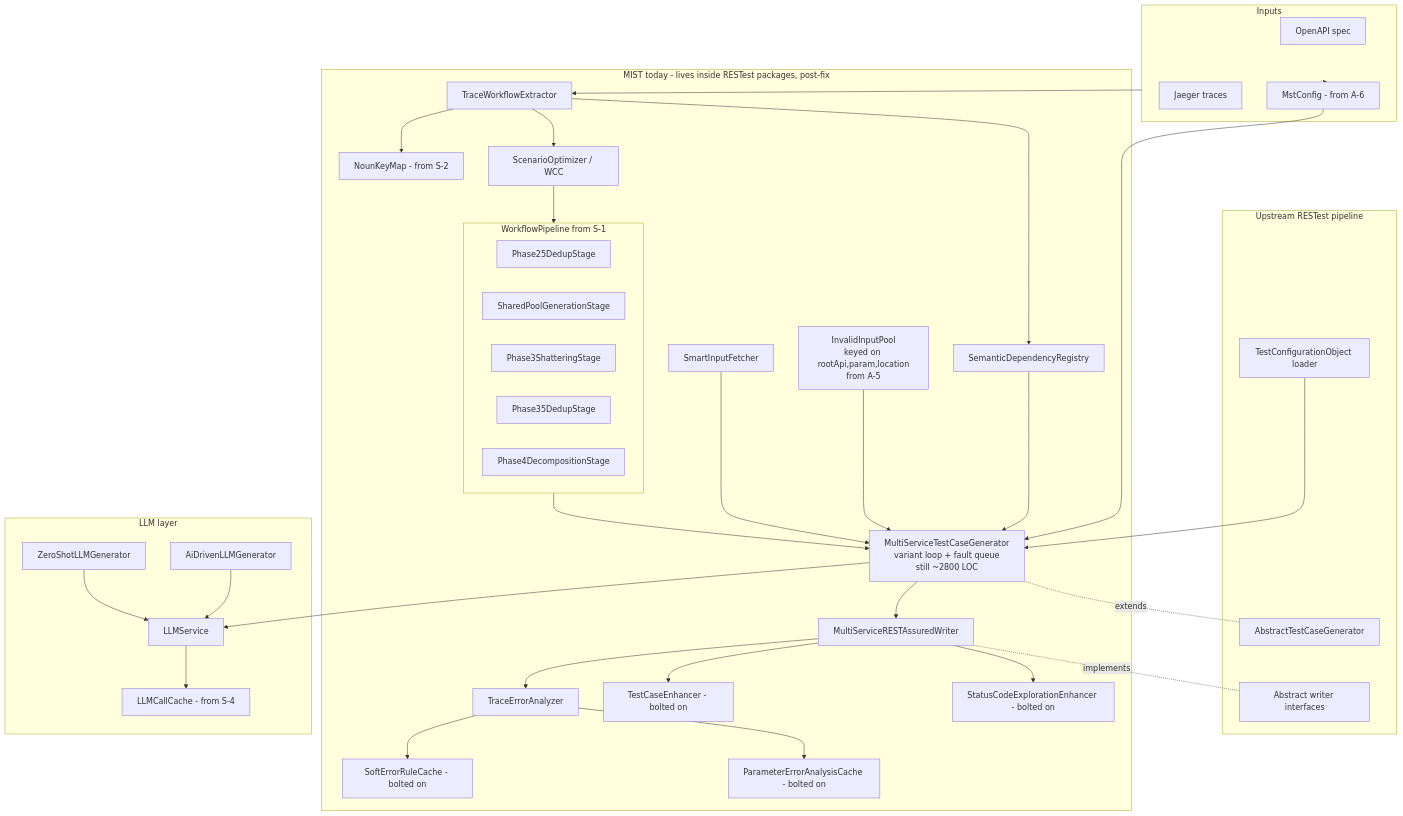
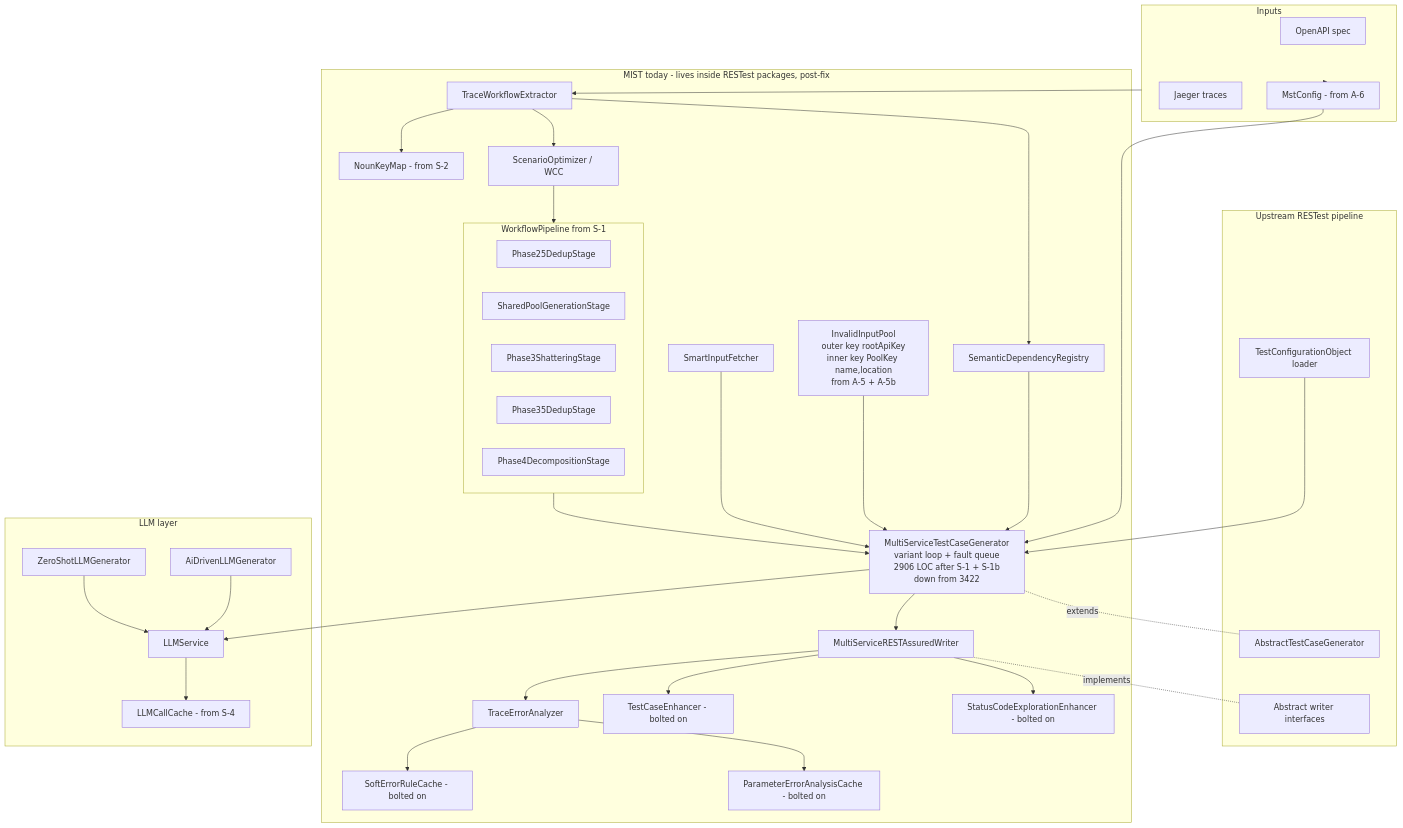
One commit to miaoti/Rest changed the first of 10 diagrams in debug/Conference-refinement/PATH_B_REBUILD_PLAN.md. Above: the diagram before and after it, drawn with Mermaid. The commit also changed other lines of this file, not shown here.

````diff
--- a/debug/Conference-refinement/PATH_B_REBUILD_PLAN.md
+++ b/debug/Conference-refinement/PATH_B_REBUILD_PLAN.md
@@ -229,70 +255,70 @@
 ```mermaid
 flowchart TB
     subgraph INPUT[Inputs]
         OAS[OpenAPI spec]
         TR[Jaeger traces]
         CFG[trainticket-mst.properties]
     end
 
     subgraph RESTEST[Upstream RESTest pipeline]
         ABS[AbstractTestCaseGenerator]
         SPEC[TestConfigurationObject loader]
         WR_ABS[Abstract writer interfaces]
     end
 
     subgraph MIST_TODAY[MIST today - lives inside RESTest packages, post-fix]
         CFG[MstConfig - from A-6]
         NKM[NounKeyMap - from S-2]
         EXTR[TraceWorkflowExtractor]
         REG[SemanticDependencyRegistry]
         OPT[ScenarioOptimizer / WCC]
         subgraph PIPE[WorkflowPipeline from S-1]
             P25[Phase25DedupStage]
             SPG[SharedPoolGenerationStage]
             P3[Phase3ShatteringStage]
             P35[Phase35DedupStage]
             P4[Phase4DecompositionStage]
         end
-        GEN[MultiServiceTestCaseGenerator<br/>variant loop + fault queue<br/>still ~2800 LOC]
-        POOL[InvalidInputPool<br/>keyed on rootApi,param,location<br/>from A-5]
+        GEN[MultiServiceTestCaseGenerator<br/>variant loop + fault queue<br/>2906 LOC after S-1 + S-1b<br/>down from 3422]
+        POOL[InvalidInputPool<br/>outer key rootApiKey<br/>inner key PoolKey name,location<br/>from A-5 + A-5b]
         SF[SmartInputFetcher]
         WR[MultiServiceRESTAssuredWriter]
         ANALYZE[TraceErrorAnalyzer]
         CACHE_OE[SoftErrorRuleCache - bolted on]
         CACHE_PE[ParameterErrorAnalysisCache - bolted on]
         ENH[TestCaseEnhancer - bolted on]
         EXPL[StatusCodeExplorationEnhancer - bolted on]
     end
 
     subgraph LLM_LAYER[LLM layer]
         LLMSVC[LLMService]
         AID[AiDrivenLLMGenerator]
         ZERO[ZeroShotLLMGenerator]
         CACHE_LLM[LLMCallCache - from S-4]
     end
 
     INPUT --> CFG
     CFG --> GEN
     INPUT --> EXTR
     EXTR --> NKM
     EXTR --> REG
     EXTR --> OPT
     OPT --> PIPE
     PIPE --> GEN
     REG --> GEN
     POOL --> GEN
     SF --> GEN
     GEN -. extends .- ABS
     SPEC --> GEN
     GEN --> WR
     WR -. implements .- WR_ABS
     WR --> ANALYZE
     ANALYZE --> CACHE_OE
     ANALYZE --> CACHE_PE
     WR --> ENH
     WR --> EXPL
     GEN --> LLMSVC
     AID --> LLMSVC
     ZERO --> LLMSVC
     LLMSVC --> CACHE_LLM
 ```
````
